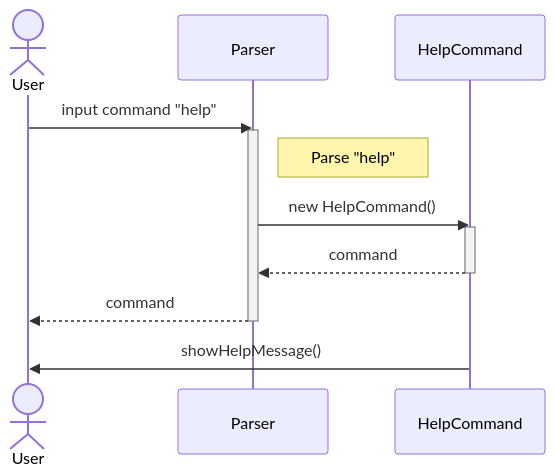
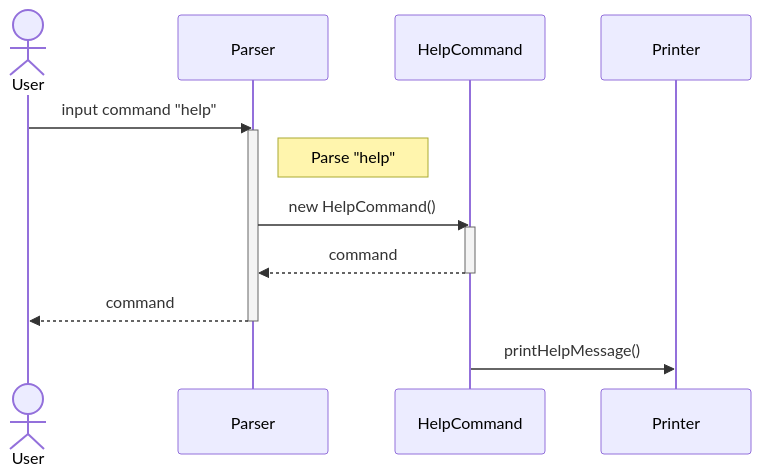
The diagram in docs/DeveloperGuide.md (timothyloh0523/tp), drawn with Mermaid before and after one commit. The commit also changed other lines of this file, not shown here.

````diff
--- a/docs/DeveloperGuide.md
+++ b/docs/DeveloperGuide.md
@@ -61,19 +120,20 @@
 ```mermaid
 sequenceDiagram
   actor User
   participant Parser as Parser
   participant HelpCommand as HelpCommand
+  participant Printer as Printer
 
   User ->> Parser: input command "help"
   activate Parser
 
   note right of Parser: Parse "help"
   Parser ->> HelpCommand: new HelpCommand()
   activate HelpCommand
   HelpCommand -->> Parser: command
   deactivate HelpCommand
   Parser -->> User: command
   deactivate Parser
 
-  HelpCommand ->> User: showHelpMessage()
+  HelpCommand ->> Printer: printHelpMessage()
 ```
````
